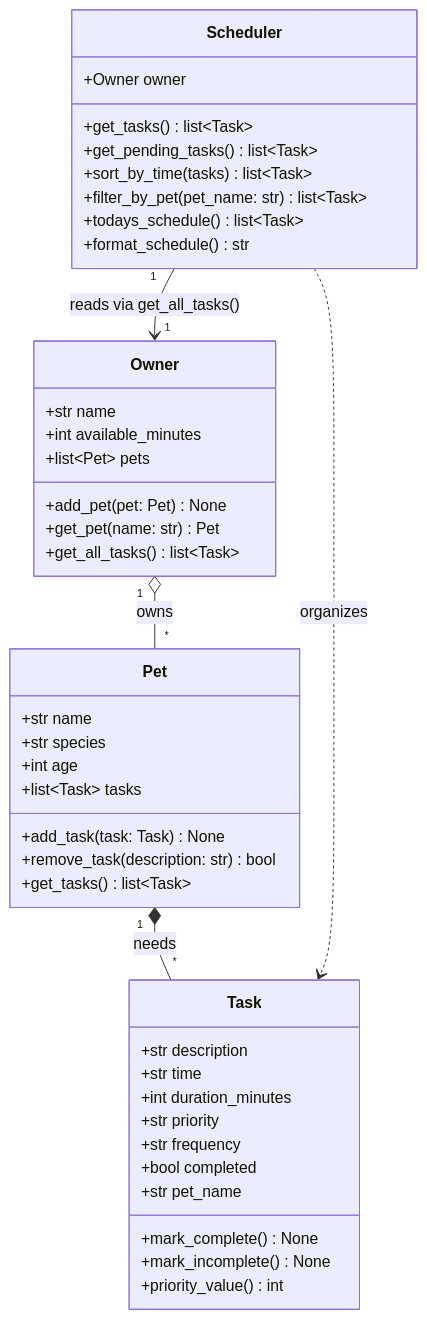
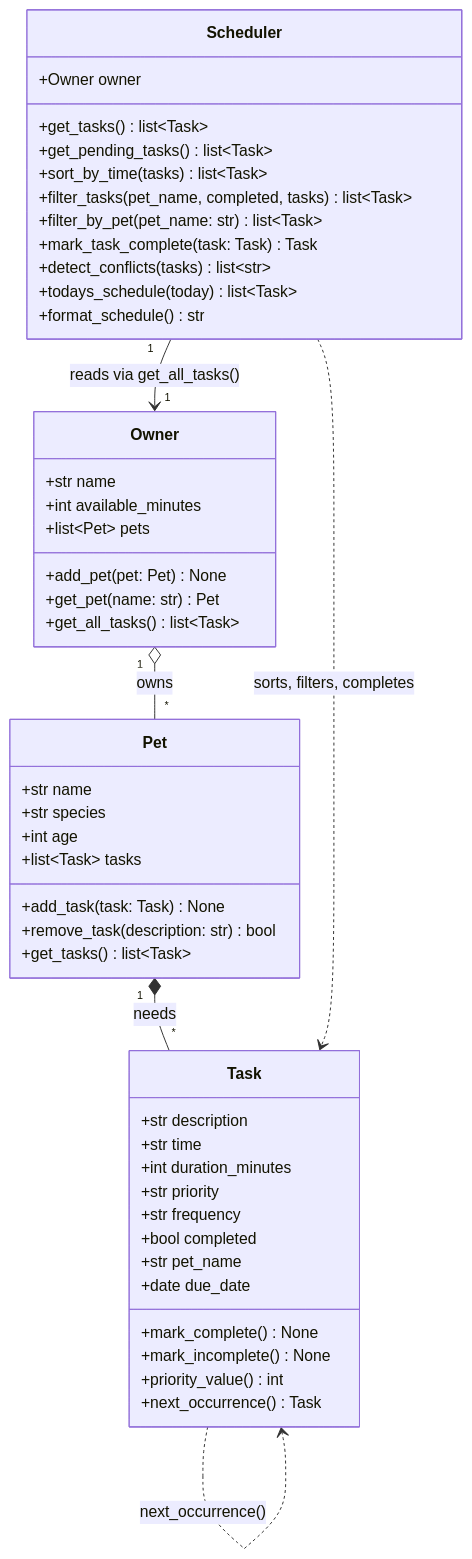
Before and after one commit to suchitrat24/ai110-module2show-pawpal-starter: the diagram in diagrams/uml.mmd, drawn with Mermaid. The commit also changed 6 other files, not shown here.

```diff
--- a/diagrams/uml.mmd
+++ b/diagrams/uml.mmd
@@ -1,49 +1,55 @@
 classDiagram
     %% PawPal+ design. Keep this file updated so it matches your final implementation.
 
     class Task {
         +str description
         +str time
         +int duration_minutes
         +str priority
         +str frequency
         +bool completed
         +str pet_name
+        +date due_date
         +mark_complete() None
         +mark_incomplete() None
         +priority_value() int
+        +next_occurrence() Task
     }
 
     class Pet {
         +str name
         +str species
         +int age
         +list~Task~ tasks
         +add_task(task: Task) None
         +remove_task(description: str) bool
         +get_tasks() list~Task~
     }
 
     class Owner {
         +str name
         +int available_minutes
         +list~Pet~ pets
         +add_pet(pet: Pet) None
         +get_pet(name: str) Pet
         +get_all_tasks() list~Task~
     }
 
     class Scheduler {
         +Owner owner
         +get_tasks() list~Task~
         +get_pending_tasks() list~Task~
         +sort_by_time(tasks) list~Task~
+        +filter_tasks(pet_name, completed, tasks) list~Task~
         +filter_by_pet(pet_name: str) list~Task~
-        +todays_schedule() list~Task~
+        +mark_task_complete(task: Task) Task
+        +detect_conflicts(tasks) list~str~
+        +todays_schedule(today) list~Task~
         +format_schedule() str
     }
 
     Owner "1" o-- "*" Pet : owns
     Pet "1" *-- "*" Task : needs
     Scheduler "1" --> "1" Owner : reads via get_all_tasks()
-    Scheduler ..> Task : organizes
+    Scheduler ..> Task : sorts, filters, completes
+    Task ..> Task : next_occurrence()
```
